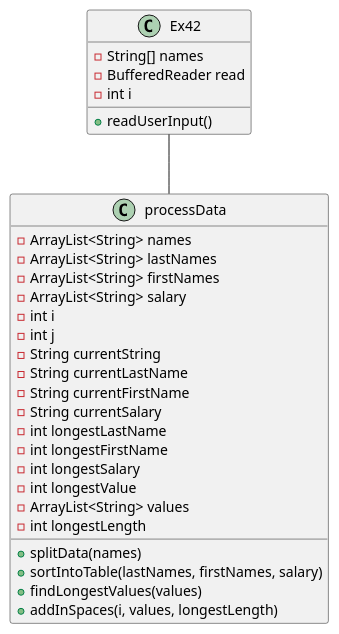
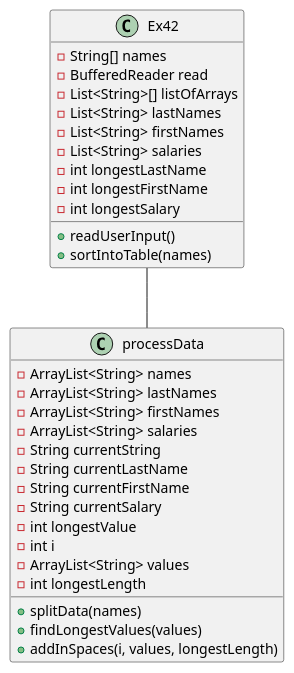
One commit to Kmullens1/mullens-cop3330-assignment3 changed the diagram in src/main/java/oop/example/Ex42/Ex42_UML.puml. Above: the diagram before and after it, drawn with PlantUML. The commit also changed 3 other files, not shown here.

```diff
--- a/src/main/java/oop/example/Ex42/Ex42_UML.puml
+++ b/src/main/java/oop/example/Ex42/Ex42_UML.puml
@@ -1,38 +1,40 @@
 @startuml
 'https://plantuml.com/sequence-diagram
 
 class Ex42{
-    -String[] names
-    -BufferedReader read
-    -int i
+    - String[] names
+    - BufferedReader read
+    - List<String>[] listOfArrays
+    - List<String> lastNames
+    - List<String> firstNames
+    - List<String> salaries
+    - int longestLastName
+    - int longestFirstName
+    - int longestSalary
 
-    +readUserInput()
+    + readUserInput()
+    + sortIntoTable(names)
 }
 
 class processData{
-    -ArrayList<String> names
-    -ArrayList<String> lastNames
-    -ArrayList<String> firstNames
-    -ArrayList<String> salary
-    -int i
-    -int j
-    -String currentString
-    -String currentLastName
-    -String currentFirstName
-    -String currentSalary
-    -int longestLastName
-    -int longestFirstName
-    -int longestSalary
-    -int longestValue
-    -ArrayList<String> values
-    -int longestLength
+    - ArrayList<String> names
+    - ArrayList<String> lastNames
+    - ArrayList<String> firstNames
+    - ArrayList<String> salaries
+    - String currentString
+    - String currentLastName
+    - String currentFirstName
+    - String currentSalary
+    - int longestValue
+    - int i
+    - ArrayList<String> values
+    - int longestLength
 
-    +splitData(names)
-    +sortIntoTable(lastNames, firstNames, salary)
-    +findLongestValues(values)
-    +addInSpaces(i, values, longestLength)
+    + splitData(names)
+    + findLongestValues(values)
+    + addInSpaces(i, values, longestLength)
 }
 
 Ex42 -- processData
 
 @enduml
```
